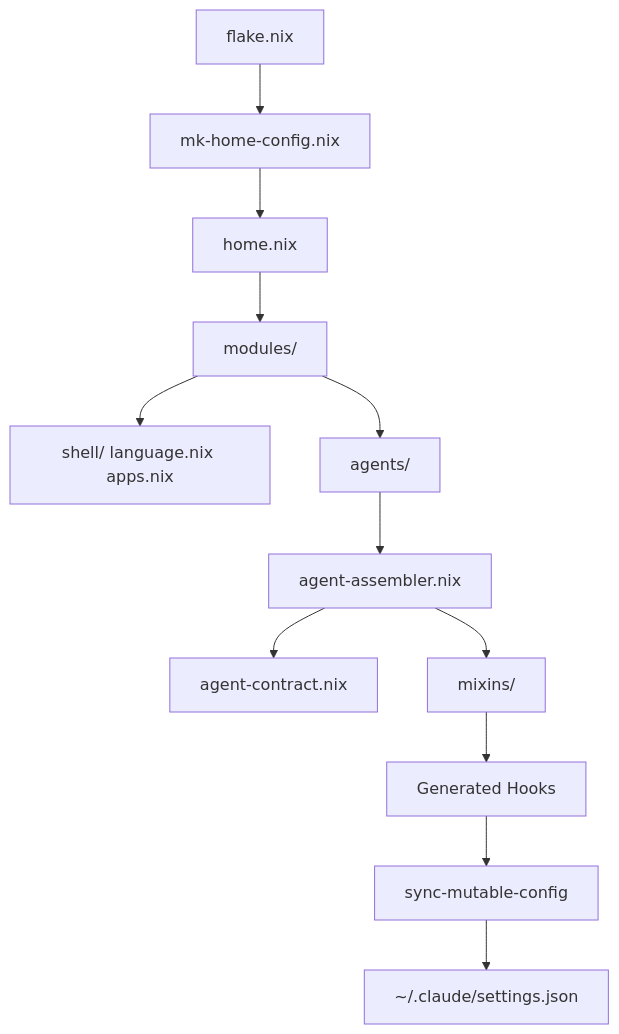
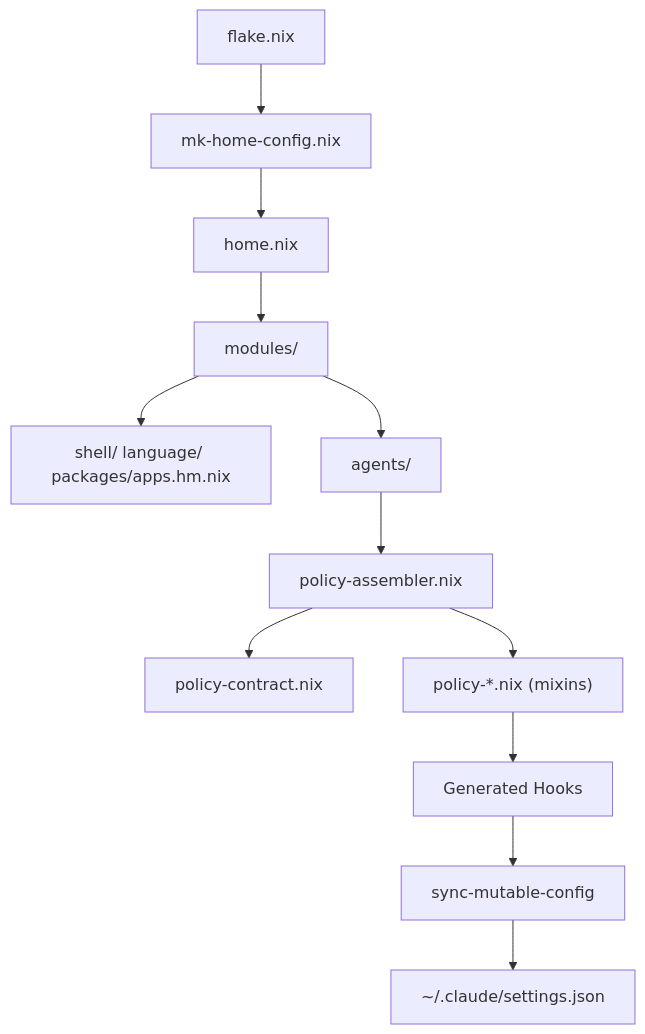
The diagram in docs/concepts/how-nix-works.md (vanillacake369/tonys-nix), drawn with Mermaid before and after one commit. The commit also changed other lines of this file and 17 other files, not shown here.

Commit message:
docs : sync to new lib + flat policy-*.nix + domain co-location architecture

````diff
--- a/docs/concepts/how-nix-works.md
+++ b/docs/concepts/how-nix-works.md
@@ -108,14 +107,14 @@
 ```mermaid
 graph TD
     A[flake.nix] --> B[mk-home-config.nix]
     B --> C[home.nix]
     C --> D[modules/]
-    D --> E[shell/ language.nix apps.nix]
+    D --> E["shell/ language/ packages/apps.hm.nix"]
     D --> F[agents/]
-    F --> G[agent-assembler.nix]
-    G --> H[agent-contract.nix]
-    G --> I[mixins/]
+    F --> G[policy-assembler.nix]
+    G --> H[policy-contract.nix]
+    G --> I["policy-*.nix (mixins)"]
     I --> J[Generated Hooks]
     J --> K[sync-mutable-config]
     K --> L["~/.claude/settings.json"]
 ```
````
